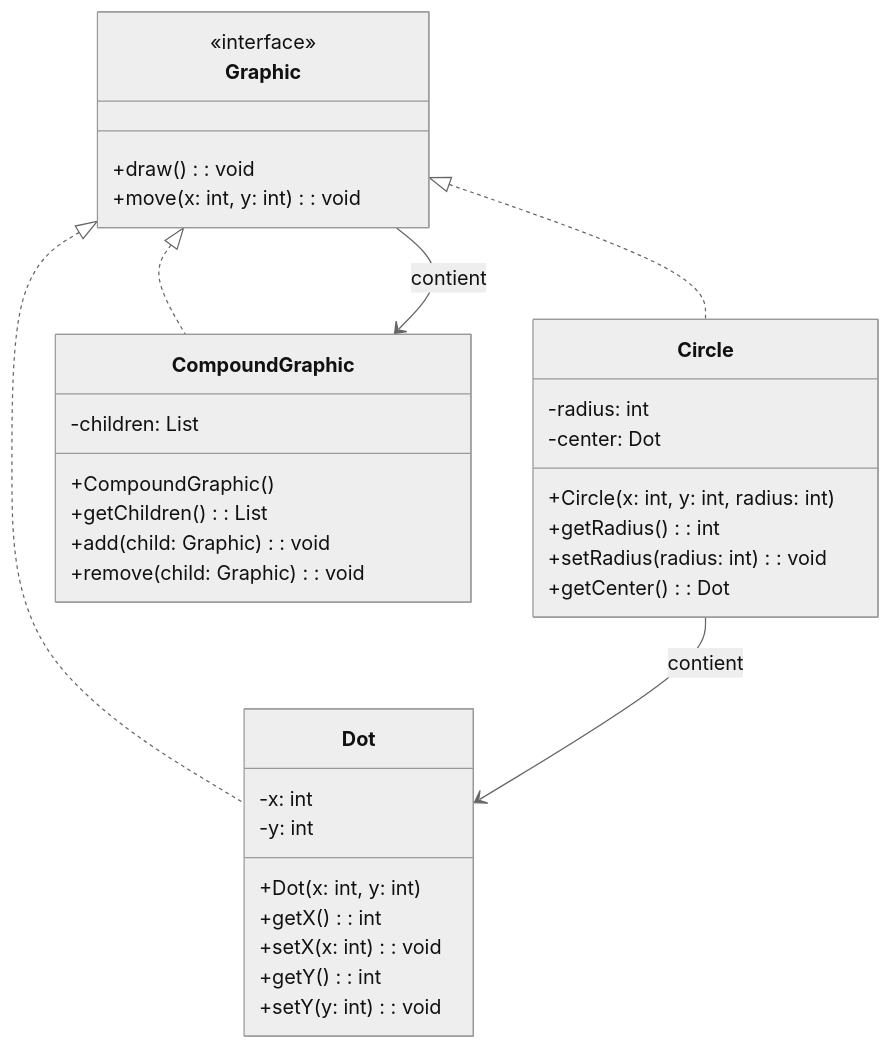
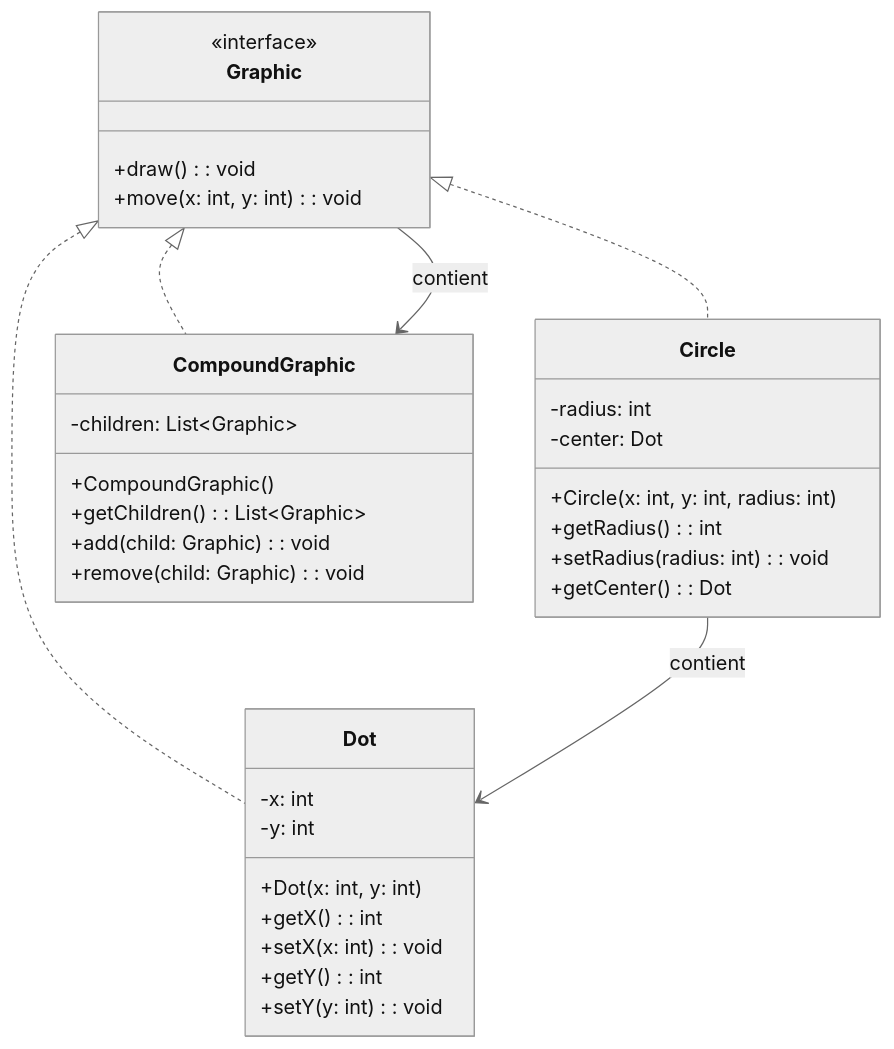
The diagram in _notes/patterns/structure/pattern-composite.md (ophenix-maisonneuve/420-930-ma-site-web), drawn with Mermaid (neutral theme) before and after one commit. The commit also changed 1 other file, not shown here.

Commit message:
correction mineure diagramme classes observer-composite

````diff
--- a/_notes/patterns/structure/pattern-composite.md
+++ b/_notes/patterns/structure/pattern-composite.md
@@ -28,37 +28,37 @@
 ```mermaid
 classDiagram
 class Graphic {
   <<interface>>
   +draw(): void
   +move(x: int, y: int): void
 }
 Graphic <|.. Dot
 Graphic <|.. Circle
 Graphic <|.. CompoundGraphic
 class Dot {
   -x: int
   -y: int
   +Dot(x: int, y: int)
   +getX(): int
   +setX(x: int): void
   +getY(): int
   +setY(y: int): void
 }
 class Circle {
   -radius: int
   -center: Dot
   +Circle(x: int, y: int, radius: int)
   +getRadius(): int
   +setRadius(radius: int): void
   +getCenter(): Dot
 }
 class CompoundGraphic {
-  -children: List<Graphic>
+  -children: List~Graphic~
   +CompoundGraphic()
-  +getChildren(): List<Graphic>
+  +getChildren(): List~Graphic~
   +add(child: Graphic): void
   +remove(child: Graphic): void
 }
 CompoundGraphic <-- Graphic : contient
 Circle --> Dot : contient
 ```
````
